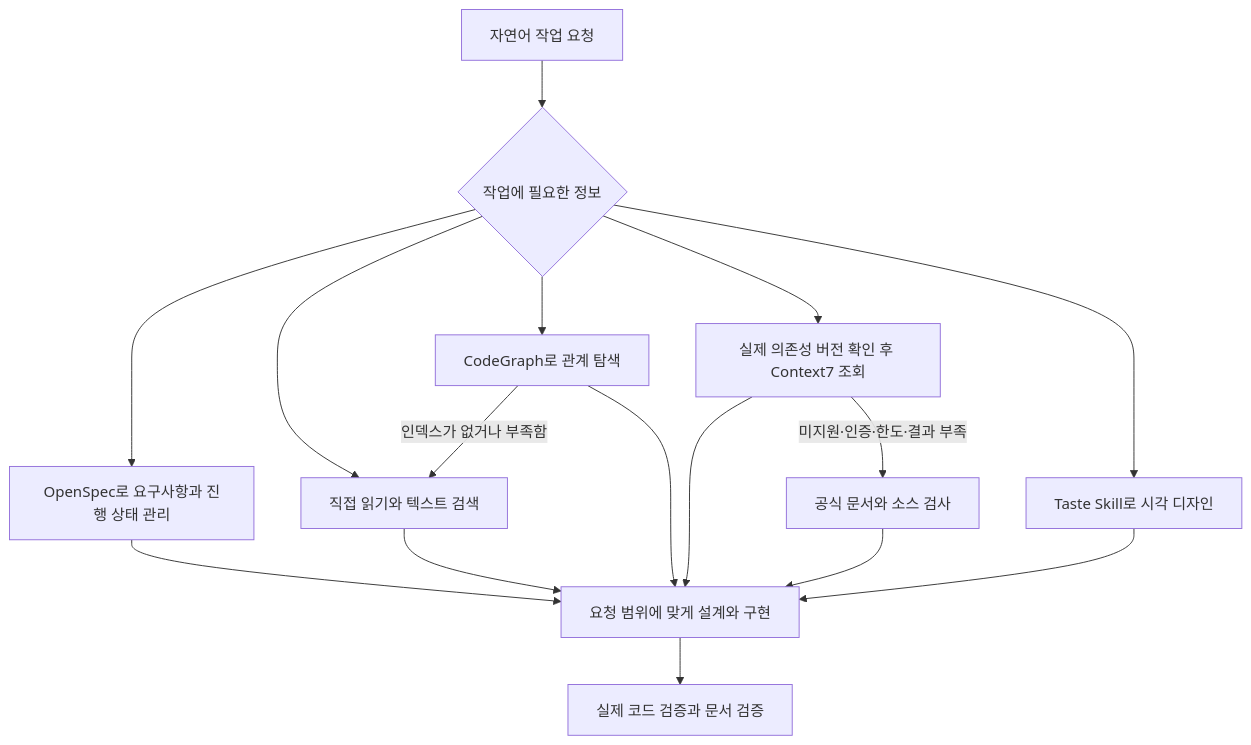
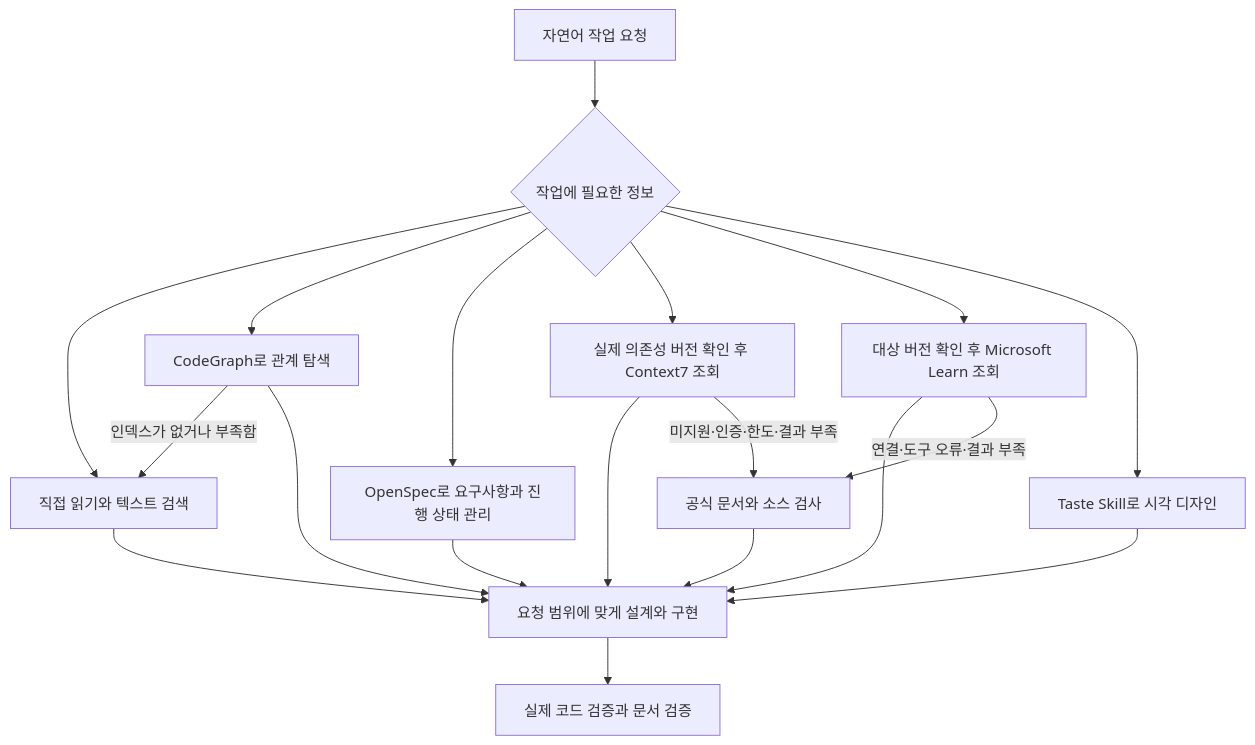
One commit to tttaliesin/personal-harness changed the diagram in docs/development-tools.md. Above: the diagram before and after it, drawn with Mermaid. The commit also changed other lines of this file and 8 other files, not shown here.

Commit message:
Add Microsoft Learn MCP with autonomous documentation routing

````diff
--- a/docs/development-tools.md
+++ b/docs/development-tools.md
@@ -24,18 +26,21 @@
 ```mermaid
 flowchart TD
     T[자연어 작업 요청] --> C{작업에 필요한 정보}
     C --> D[직접 읽기와 텍스트 검색]
     C --> G[CodeGraph로 관계 탐색]
     C --> S[OpenSpec로 요구사항과 진행 상태 관리]
     C --> L[실제 의존성 버전 확인 후 Context7 조회]
+    C --> M[대상 버전 확인 후 Microsoft Learn 조회]
     C --> F[Taste Skill로 시각 디자인]
     G -->|인덱스가 없거나 부족함| D
     S --> I[요청 범위에 맞게 설계와 구현]
     D --> I
     G --> I
     L --> I
+    M --> I
+    M -->|연결·도구 오류·결과 부족| O
     L -->|미지원·인증·한도·결과 부족| O[공식 문서와 소스 검사]
     O --> I
     F --> I
     I --> V[실제 코드 검증과 문서 검증]
 ```
````
